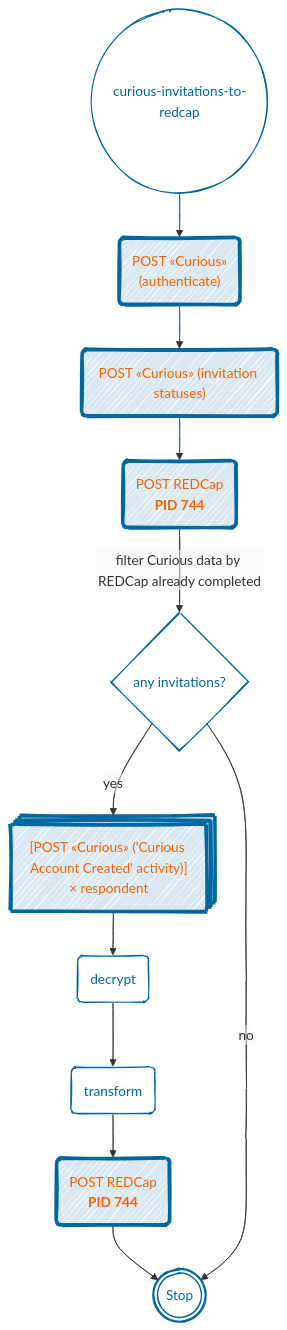
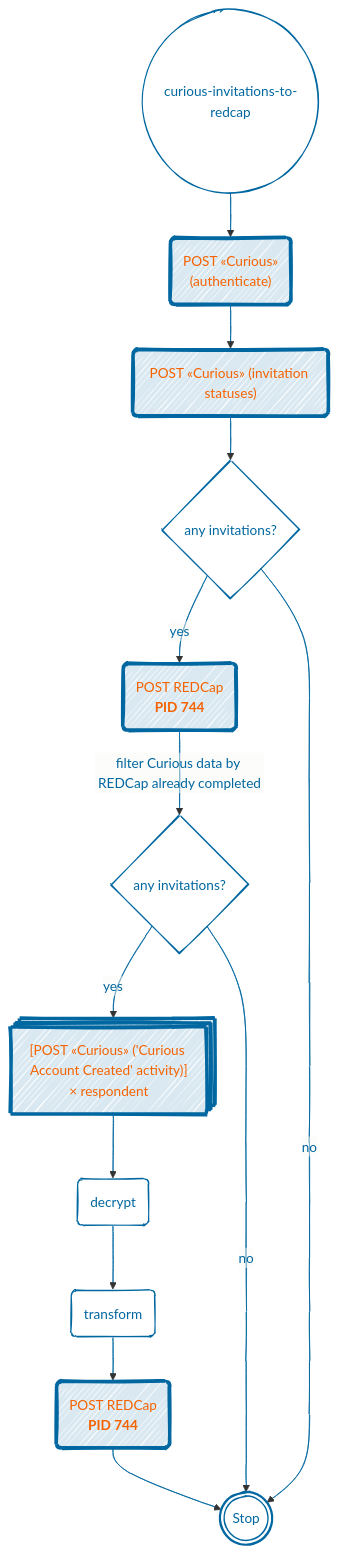
One commit to childmindresearch/hbnmigration changed the second of 2 diagrams in python_jobs/src/hbnmigration/from_curious/README.md. Above: the diagram before and after it, drawn with Mermaid.

Commit message:
:memo: Add missing datacheck to flowchart

````diff
--- a/python_jobs/src/hbnmigration/from_curious/README.md
+++ b/python_jobs/src/hbnmigration/from_curious/README.md
@@ -27,26 +27,27 @@
 ```mermaid
 ---
 config:
   look: handDrawn
   themeVariables:
     edgeLabelBackground: '#FAF9F500'
     fontFamily: "Verdana, Courier New, Arial Black, Arial Bold, cursive, fantasy"
 ---
 flowchart TD
     classDef apiCall color:#F56200,fill:#0067a025,stroke:#0067a0,stroke-width:4px;
     classDef default stroke:#0067a0,color:#0067a0,fill:#FAF9F510;
 
     start@{ shape: circle, label: "curious-invitations-to-redcap" }
     authenticate@{ shape: rounded, label: "POST «Curious»\n(authenticate)" }
     pull@{ shape: rounded, label: "POST «Curious» (invitation statuses)" }
     fetchREDCap@{shape: rounded, label: "POST REDCap\n**PID 744**" }
     activityAnswers@{ shape: procs, label: "[POST «Curious» ('Curious Account Created' activity)]\n× respondent" }
     pushREDCap@{shape: rounded, label: "POST REDCap\n**PID 744**" };
 
-    start --> authenticate --> pull --> fetchREDCap --"filter Curious data by REDCap already completed"--> datacheck@{ shape: diamond, label: "any invitations?" } --"yes"--> activityAnswers --> decrypt( decrypt ) --> transfor( transform ) --> pushREDCap --> stop
+    start --> authenticate --> pull --> datacheck0@{ shape: diamond, label: "any invitations?" } --"yes"--> fetchREDCap --"filter Curious data by REDCap already completed"--> datacheck@{ shape: diamond, label: "any invitations?" } --"yes"--> activityAnswers --> decrypt( decrypt ) --> transfor( transform ) --> pushREDCap --> stop
 
+    datacheck0 --"no"--> stop@{ shape: dbl-circ, label: "Stop" };
     datacheck --"no"--> stop@{ shape: dbl-circ, label: "Stop" };
 
     class authenticate,pull,activityAnswers,fetchREDCap,pushREDCap apiCall;
-    linkStyle 0,1,2 stroke:#0067a0,color:#0067a0
+    linkStyle 0,1,2,3,4,5,6,7,8,9,10,11 stroke:#0067a0,color:#0067a0
 ```
````
